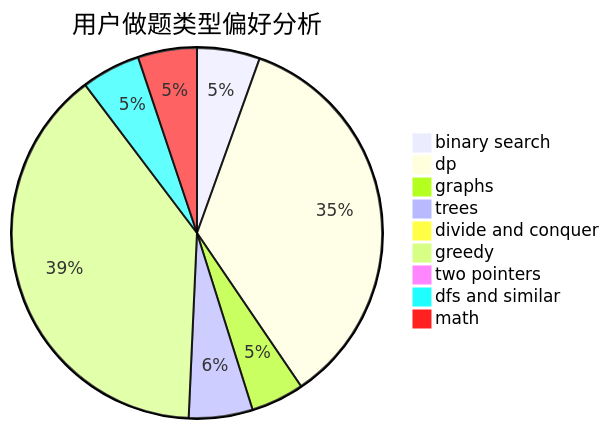
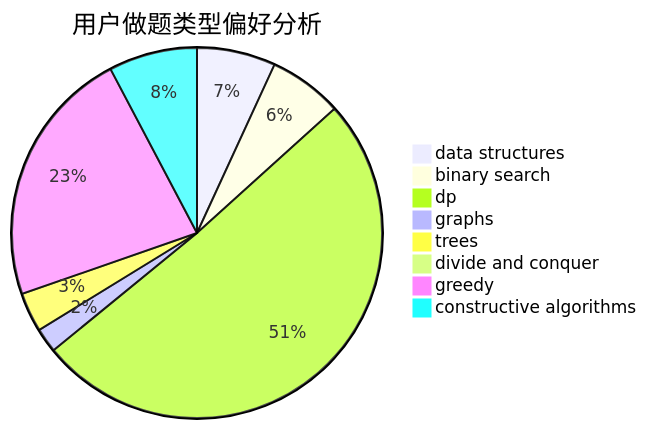
The second of 3 diagrams in docs/user/u2149.md (sherpahu/cfrs.github.io), drawn with Mermaid before and after one commit. The commit also changed other lines of this file and 2775 other files, not shown here.

````diff
--- a/docs/user/u2149.md
+++ b/docs/user/u2149.md
@@ -23,12 +23,11 @@
 ```mermaid
 pie title 用户做题类型偏好分析
-    "binary search" :  65
-    "dp" :  415
-    "graphs" :  55
-    "trees" :  66
-    "divide and conquer" :  1
-    "greedy" :  462
-    "two pointers" :  4
-    "dfs and similar" :  61
-    "math" :  61
+    "data structures" :  48
+    "binary search" :  45
+    "dp" :  355
+    "graphs" :  15
+    "trees" :  24
+    "divide and conquer" :  0
+    "greedy" :  158
+    "constructive algorithms" :  54
 ```
````
